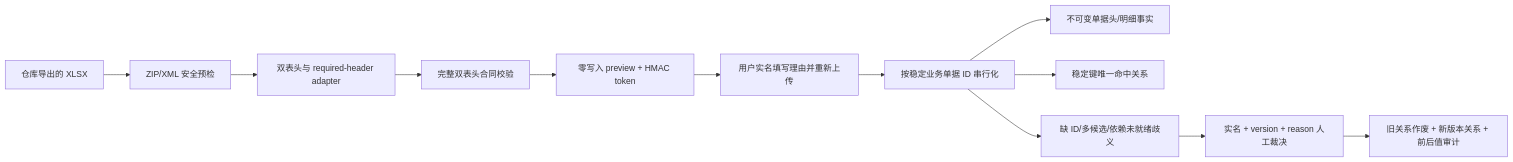
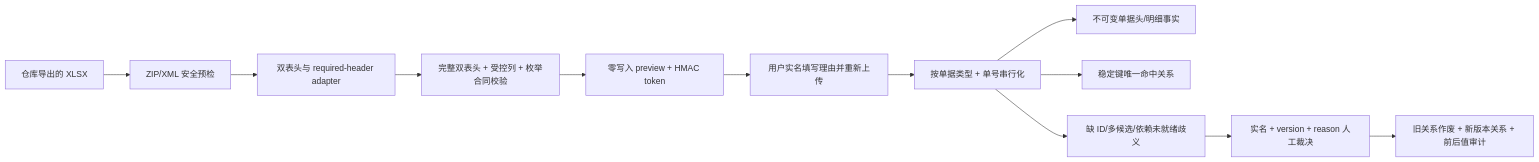
One commit to Jinchen-Yang/it-spareparts changed the diagram in docs/维保仓库单据多版本适配与歧义工作台.md. Above: the diagram before and after it, drawn with Mermaid. The commit also changed other lines of this file and 13 other files, not shown here.

````diff
--- a/docs/维保仓库单据多版本适配与歧义工作台.md
+++ b/docs/维保仓库单据多版本适配与歧义工作台.md
@@ -14,14 +14,14 @@
 ```mermaid
 flowchart LR
     A["仓库导出的 XLSX"] --> B["ZIP/XML 安全预检"]
     B --> C["双表头与 required-header adapter"]
-    C --> D["完整双表头合同校验"]
+    C --> D["完整双表头 + 受控列 + 枚举合同校验"]
     D --> E["零写入 preview + HMAC token"]
     E --> F["用户实名填写理由并重新上传"]
-    F --> G["按稳定业务单据 ID 串行化"]
+    F --> G["按单据类型 + 单号串行化"]
     G --> H["不可变单据头/明细事实"]
     G --> I["稳定键唯一命中关系"]
     G --> J["缺 ID/多候选/依赖未就绪歧义"]
     J --> K["实名 + version + reason 人工裁决"]
     K --> L["旧关系作废 + 新版本关系 + 前后值审计"]
 ```
````
